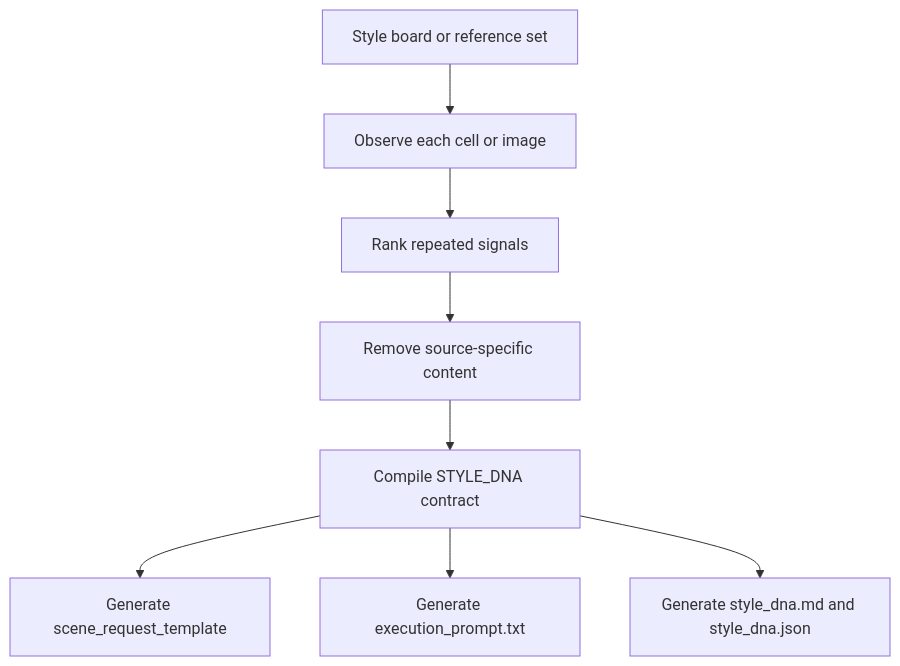
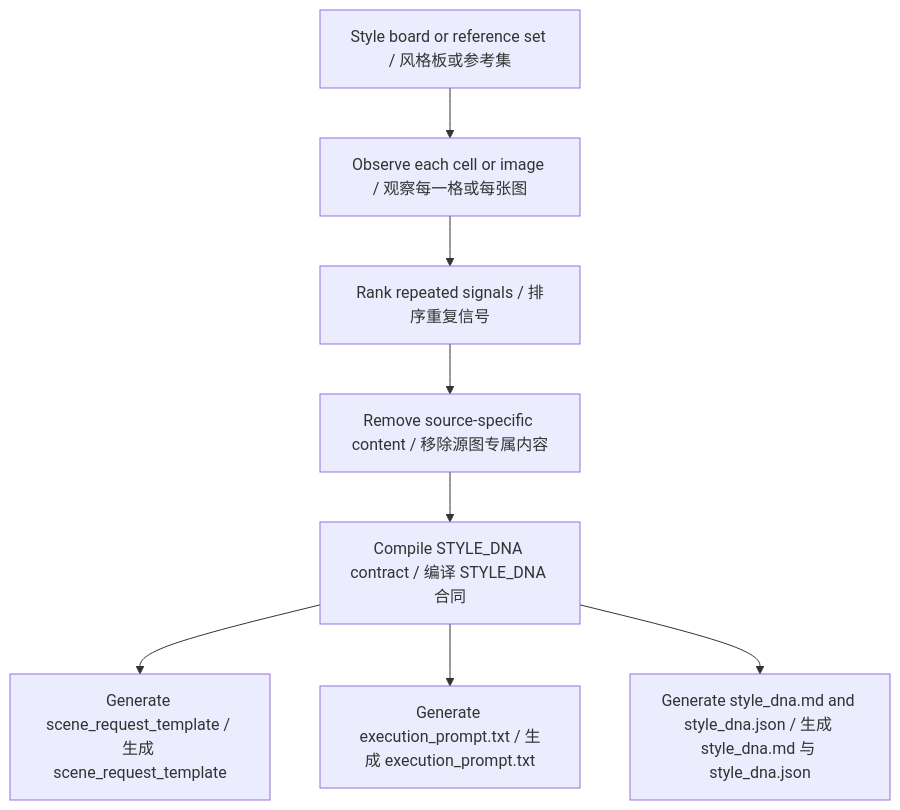
Before and after one commit to susu177990-rgb/style-dna-prompt-skill: the diagram in README.md, drawn with Mermaid. The commit also changed other lines of this file, not shown here.

````diff
--- a/README.md
+++ b/README.md
@@ -91,10 +120,10 @@
 ```mermaid
 flowchart TD
-    A["Style board or reference set"] --> B["Observe each cell or image"]
-    B --> C["Rank repeated signals"]
-    C --> D["Remove source-specific content"]
-    D --> E["Compile STYLE_DNA contract"]
-    E --> F["Generate scene_request_template"]
-    E --> G["Generate execution_prompt.txt"]
-    E --> H["Generate style_dna.md and style_dna.json"]
+    A["Style board or reference set / 风格板或参考集"] --> B["Observe each cell or image / 观察每一格或每张图"]
+    B --> C["Rank repeated signals / 排序重复信号"]
+    C --> D["Remove source-specific content / 移除源图专属内容"]
+    D --> E["Compile STYLE_DNA contract / 编译 STYLE_DNA 合同"]
+    E --> F["Generate scene_request_template / 生成 scene_request_template"]
+    E --> G["Generate execution_prompt.txt / 生成 execution_prompt.txt"]
+    E --> H["Generate style_dna.md and style_dna.json / 生成 style_dna.md 与 style_dna.json"]
 ```
````
